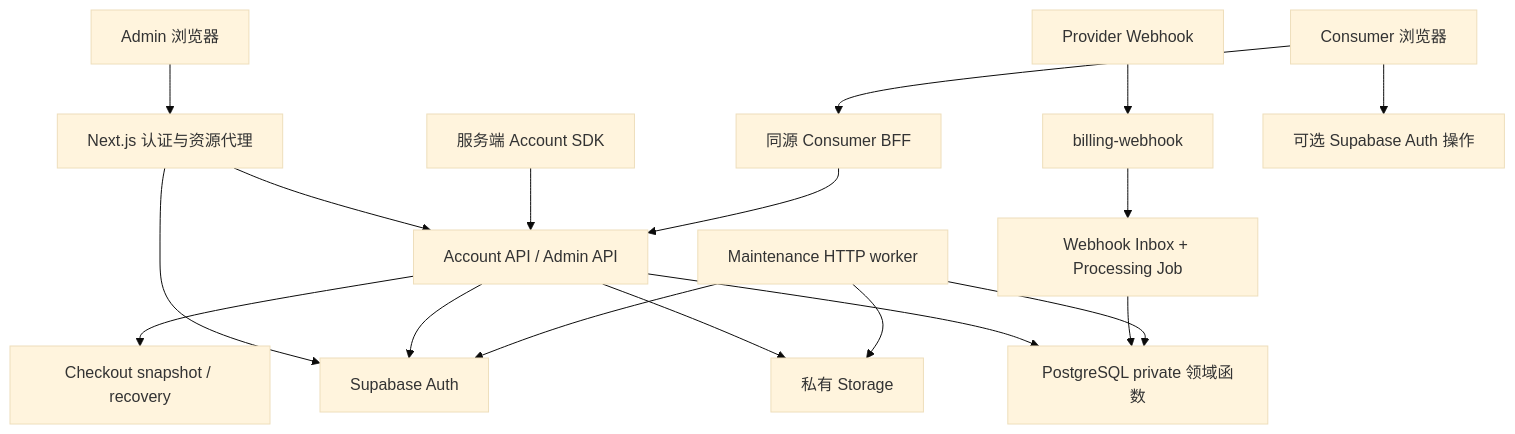
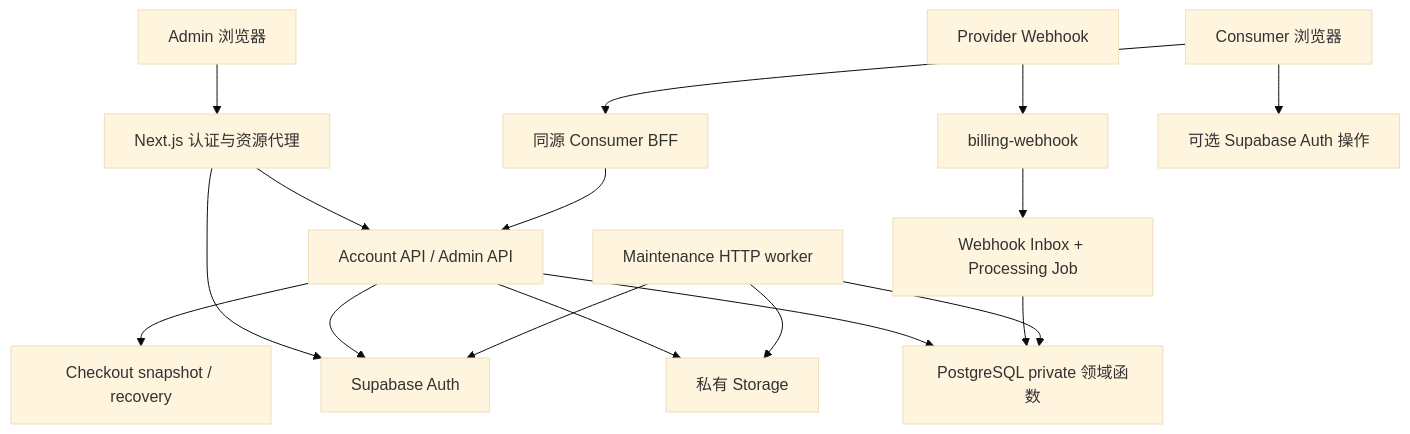
Before and after one commit to aisenhub/Aisenhubplatform: the diagram in docs/architecture/overview.md, drawn with Mermaid (base theme). The commit also changed other lines of this file and 34 other files, not shown here.

Commit message:
docs(contract): sync contract-first architecture

````diff
--- a/docs/architecture/overview.md
+++ b/docs/architecture/overview.md
@@ -24,20 +22,19 @@
 ```mermaid
 flowchart TD
   Admin[Admin 浏览器] --> Next[Next.js 认证与资源代理]
   Next --> Auth[Supabase Auth]
   Next --> API[Account API / Admin API]
-  SDK[服务端 Account SDK] --> API
   API --> Auth
   API --> SQL[PostgreSQL private 领域函数]
   API --> Storage[私有 Storage]
   API --> Checkout[Checkout snapshot / recovery]
   Provider[Provider Webhook] --> Webhook[billing-webhook]
   Webhook --> Inbox[Webhook Inbox + Processing Job]
   Inbox --> SQL
   Worker[Maintenance HTTP worker] --> SQL
   Worker --> Storage
   Worker --> Auth
   Preview[Consumer 浏览器] --> PreviewBff[同源 Consumer BFF]
   PreviewBff --> API
   Preview --> OptionalAuth[可选 Supabase Auth 操作]
 ```
````
